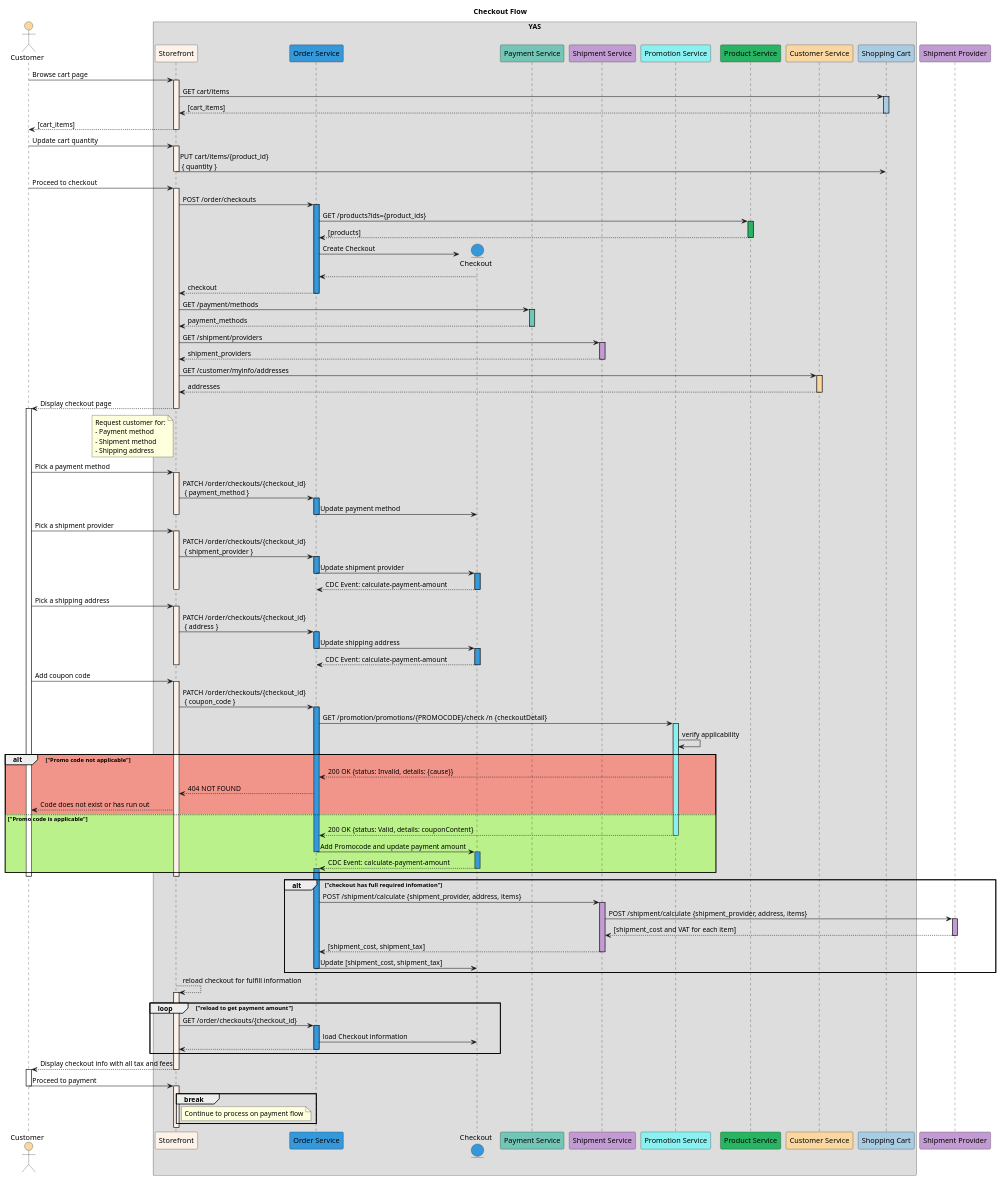
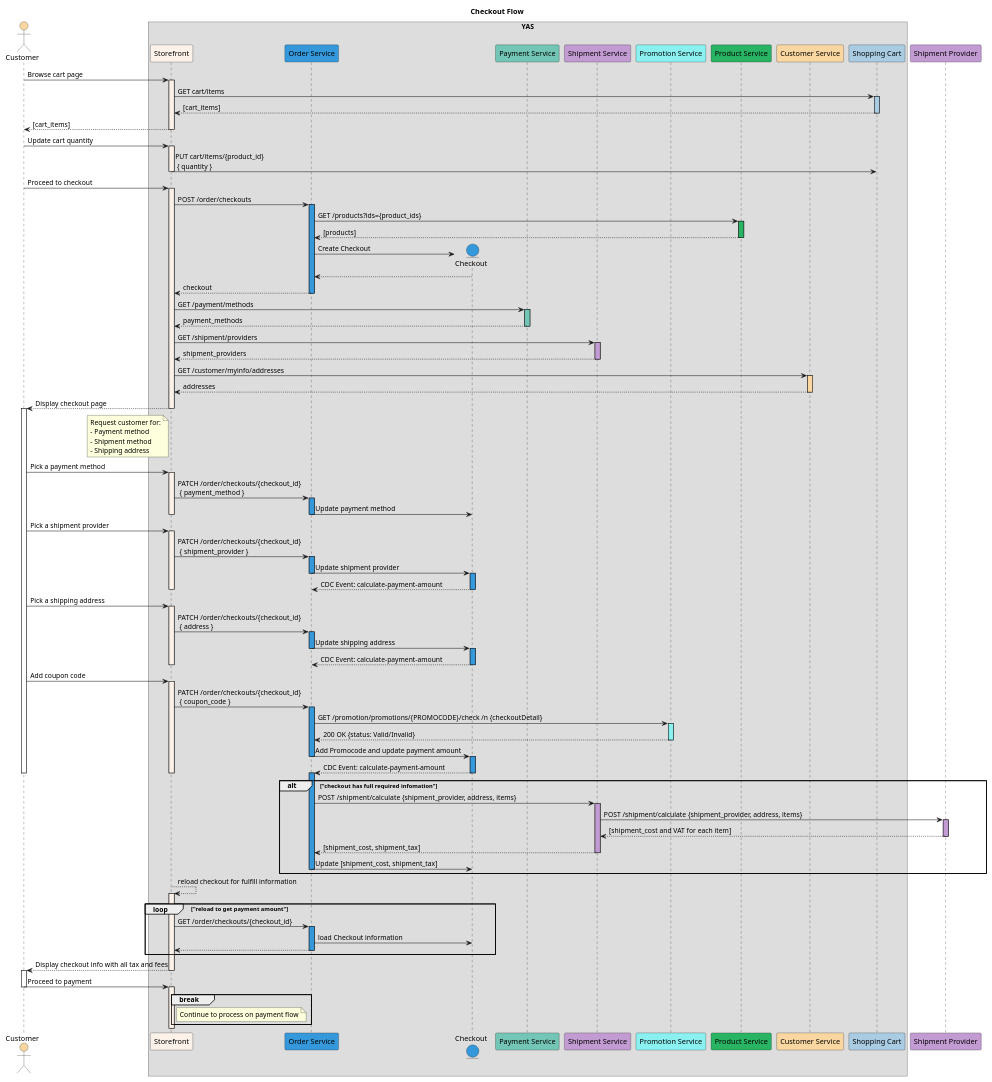
Before and after one commit to nashtech-garage/yas: the diagram in docs/design/order-flows/diagrams/checkout.seq.puml, drawn with PlantUML. The commit also changed 6 other files, not shown here.

Commit message:
Update to simplify diagrams for promocode application

```diff
--- a/docs/design/order-flows/diagrams/checkout.seq.puml
+++ b/docs/design/order-flows/diagrams/checkout.seq.puml
@@ -1,169 +1,162 @@
 @startuml Checkout Flow
 
 title Checkout Flow
 
 actor Customer as customer #fad7a0
 
 box YAS
     participant "Storefront" as storefront #fdf2e9        
     participant "Order Service" as order_service #3498db    
     entity "Checkout" as checkout #3498db
     participant "Payment Service" as payment_service #73c6b6
     participant "Shipment Service" as shipment_service #c39bd3
     participant "Promotion Service" as promotion_service #8af1f0
     participant "Product Service" as product_service #28b463 
     participant "Customer Service" as customer_service #fad7a0
     participant "Shopping Cart" as shopping_cart #a9cce3
 end box 
 
 participant "Shipment Provider" as shipment_provider #c39bd3
 
 customer -> storefront: Browse cart page
 activate storefront #fdf2e9
   storefront -> shopping_cart: GET cart/items
   activate shopping_cart #a9cce3
     shopping_cart --> storefront: [cart_items]
   deactivate shopping_cart
   customer <-- storefront: [cart_items]
 deactivate storefront
 
 customer -> storefront: Update cart quantity
 activate storefront #fdf2e9
   storefront -> shopping_cart: PUT cart/items/{product_id} \n { quantity }
 deactivate storefront
 
 customer -> storefront: Proceed to checkout
 activate storefront #fdf2e9
   storefront -> order_service: POST /order/checkouts
   activate order_service #3498db
     order_service -> product_service: GET /products?ids={product_ids}
     activate product_service #28b463 
       product_service --> order_service: [products]
     deactivate product_service
     order_service -> checkout **: Create Checkout
     order_service <-- checkout
     storefront <-- order_service: checkout
   deactivate order_service
   storefront -> payment_service: GET /payment/methods
 
   'Get payment methods
   activate payment_service #73c6b6
     storefront <-- payment_service: payment_methods
   deactivate payment_service
 
   'Get shipment providers
   storefront -> shipment_service: GET /shipment/providers
   activate shipment_service #c39bd3
     storefront <-- shipment_service: shipment_providers
   deactivate shipment_service
 
   'Get customer addresses
   storefront -> customer_service: GET /customer/myinfo/addresses
   activate customer_service #fad7a0
     storefront <-- customer_service: addresses
   deactivate customer_service
 
   storefront --> customer: Display checkout page
   note left of storefront 
     Request customer for:
     - Payment method
     - Shipment method
     - Shipping address
   end note
 deactivate storefront
 activate customer
 
   'Pick a payment method
   customer -> storefront: Pick a payment method
   activate storefront #fdf2e9    
     storefront -> order_service: PATCH /order/checkouts/{checkout_id} \n { payment_method }
     activate order_service #3498db
       order_service -> checkout: Update payment method
     deactivate order_service    
   deactivate storefront
 
   'Pick a shipment provider
   customer -> storefront: Pick a shipment provider
   activate storefront #fdf2e9
     storefront -> order_service: PATCH /order/checkouts/{checkout_id} \n { shipment_provider }
     activate order_service #3498db
       order_service -> checkout: Update shipment provider
     deactivate order_service
     activate checkout #3498db
       checkout --> order_service: CDC Event: calculate-payment-amount
     deactivate checkout 
   deactivate storefront
 
   'Pick a shipping address
   customer -> storefront: Pick a shipping address
   activate storefront #fdf2e9
     storefront -> order_service: PATCH /order/checkouts/{checkout_id} \n { address }
     activate order_service #3498db
       order_service -> checkout: Update shipping address
     deactivate order_service
     activate checkout #3498db
       checkout --> order_service: CDC Event: calculate-payment-amount
     deactivate checkout 
   deactivate storefront
   
   'Add coupon code
   customer -> storefront: Add coupon code
   activate storefront #fdf2e9
     storefront -> order_service: PATCH /order/checkouts/{checkout_id} \n { coupon_code }
     activate order_service #3498db
       order_service -> promotion_service: GET /promotion/promotions/{PROMOCODE}/check /n {checkoutDetail}
       activate promotion_service #8af1f0
-      promotion_service -> promotion_service: verify applicability
-        alt #f1948a "Promo code not applicable"
-          promotion_service --> order_service: 200 OK {status: Invalid, details: {cause}}
-          order_service --> storefront: 404 NOT FOUND
-          storefront --> customer: Code does not exist or has run out
-        else #baf18a "Promo code is applicable" 
-          promotion_service --> order_service: 200 OK {status: Valid, details: couponContent}
-          deactivate promotion_service
-          order_service -> checkout: Add Promocode and update payment amount
-          deactivate order_service
-          activate checkout #3498db
-            checkout --> order_service: CDC Event: calculate-payment-amount
-          deactivate checkout 
-          activate order_service #3498db  
-        end
+        promotion_service --> order_service: 200 OK {status: Valid/Invalid}
+      deactivate promotion_service
+      order_service -> checkout: Add Promocode and update payment amount
+    deactivate order_service
+    activate checkout #3498db
+      checkout --> order_service: CDC Event: calculate-payment-amount
+    deactivate checkout 
   deactivate storefront 
 deactivate customer
 
 alt "checkout has full required infomation"
+    activate order_service #3498db  
     order_service -> shipment_service: POST /shipment/calculate {shipment_provider, address, items}
     activate shipment_service #c39bd3
       shipment_service -> shipment_provider: POST /shipment/calculate {shipment_provider, address, items}
       activate shipment_provider #c39bd3
         shipment_service <-- shipment_provider: [shipment_cost and VAT for each item]
       deactivate shipment_provider
       order_service <-- shipment_service: [shipment_cost, shipment_tax]
     deactivate shipment_service
     order_service -> checkout: Update [shipment_cost, shipment_tax]
   deactivate order_service
 end 
 
 storefront --> storefront: reload checkout for fulfill information
 activate storefront #fdf2e9
   loop  "reload to get payment amount"
     storefront -> order_service: GET /order/checkouts/{checkout_id}
     activate order_service #3498db
       order_service -> checkout: load Checkout information
       storefront <-- order_service
     deactivate order_service
   end
   storefront --> customer: Display checkout info with all tax and fees
 deactivate storefront
 activate customer
   customer -> storefront: Proceed to payment
 deactivate customer
 activate storefront #fdf2e9
   break
     note right of storefront
       Continue to process on payment flow
     end note
   end 
 deactivate storefront
 
 @enduml
```
